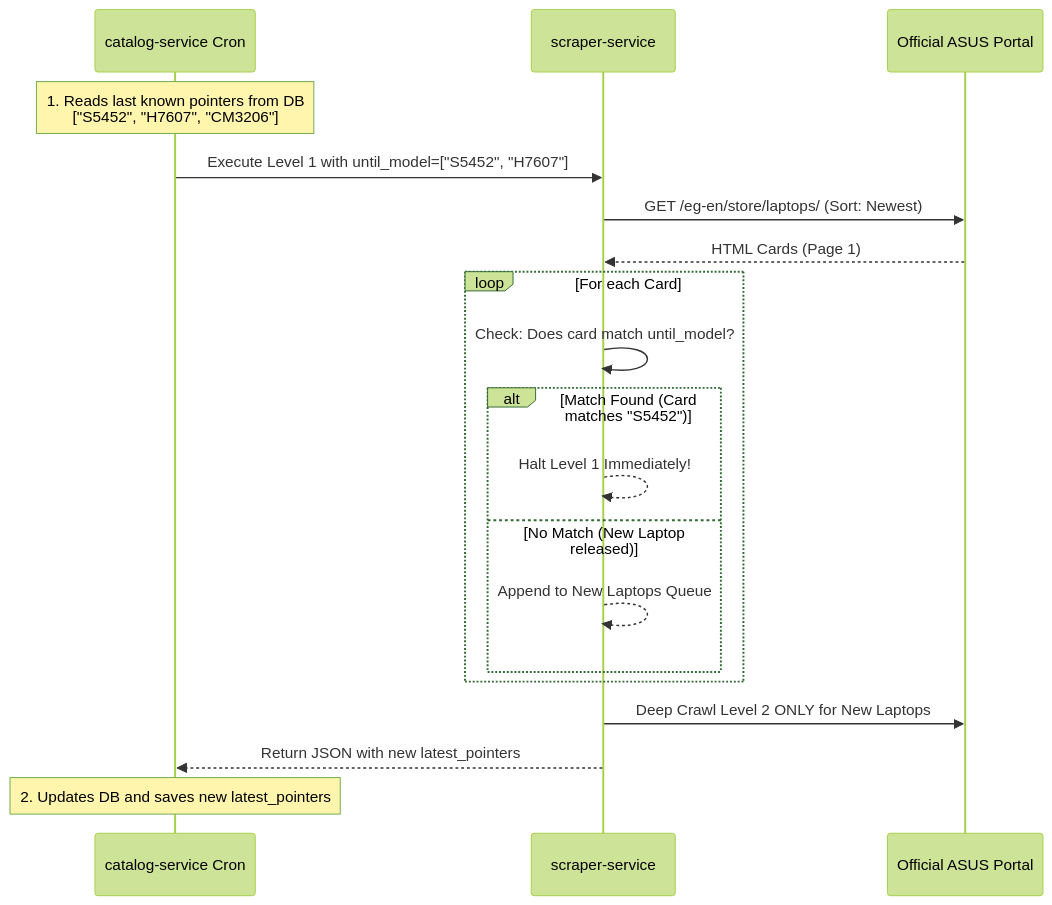
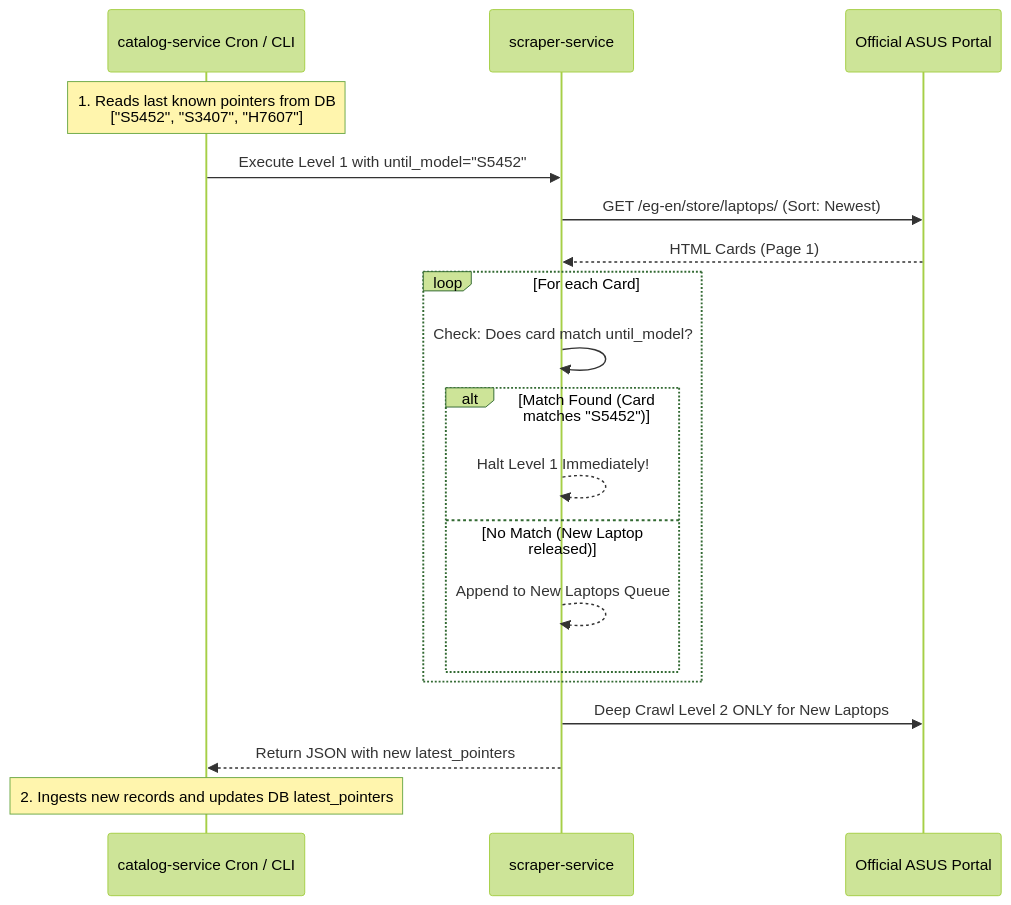
Before and after one commit to marwan779/laptop-recommender: the second of 2 diagrams in Docs/ARCHITECTURE.md, drawn with Mermaid (forest theme). The commit also changed other lines of this file and 49 other files, not shown here.

First line of the commit message:
Refactor: Decouple matching from scraper-service and update architecture docs

````diff
--- a/Docs/ARCHITECTURE.md
+++ b/Docs/ARCHITECTURE.md
@@ -122,24 +140,24 @@
 ```mermaid
 sequenceDiagram
-    participant Cron as catalog-service Cron
+    participant Cron as catalog-service Cron / CLI
     participant Scraper as scraper-service
     participant ASUS as Official ASUS Portal
 
-    Note over Cron: 1. Reads last known pointers from DB<br/>["S5452", "H7607", "CM3206"]
-    Cron->>Scraper: Execute Level 1 with until_model=["S5452", "H7607"]
+    Note over Cron: 1. Reads last known pointers from DB<br/>["S5452", "S3407", "H7607"]
+    Cron->>Scraper: Execute Level 1 with until_model="S5452"
     Scraper->>ASUS: GET /eg-en/store/laptops/ (Sort: Newest)
     ASUS-->>Scraper: HTML Cards (Page 1)
     
     loop For each Card
         Scraper->>Scraper: Check: Does card match until_model?
         alt Match Found (Card matches "S5452")
             Scraper-->>Scraper: Halt Level 1 Immediately!
         else No Match (New Laptop released)
             Scraper-->>Scraper: Append to New Laptops Queue
         end
     end
 
     Scraper->>ASUS: Deep Crawl Level 2 ONLY for New Laptops
     Scraper-->>Cron: Return JSON with new latest_pointers
-    Note over Cron: 2. Updates DB and saves new latest_pointers
+    Note over Cron: 2. Ingests new records and updates DB latest_pointers
 ```
````
